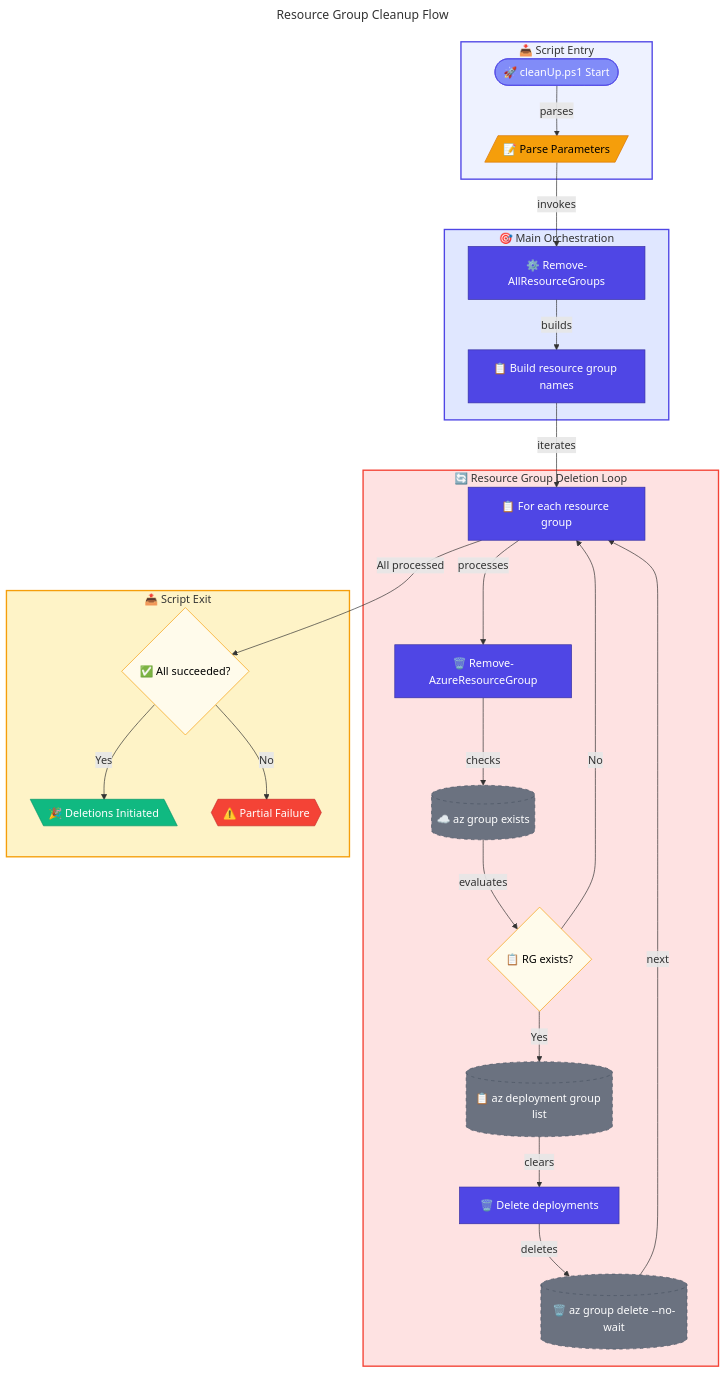
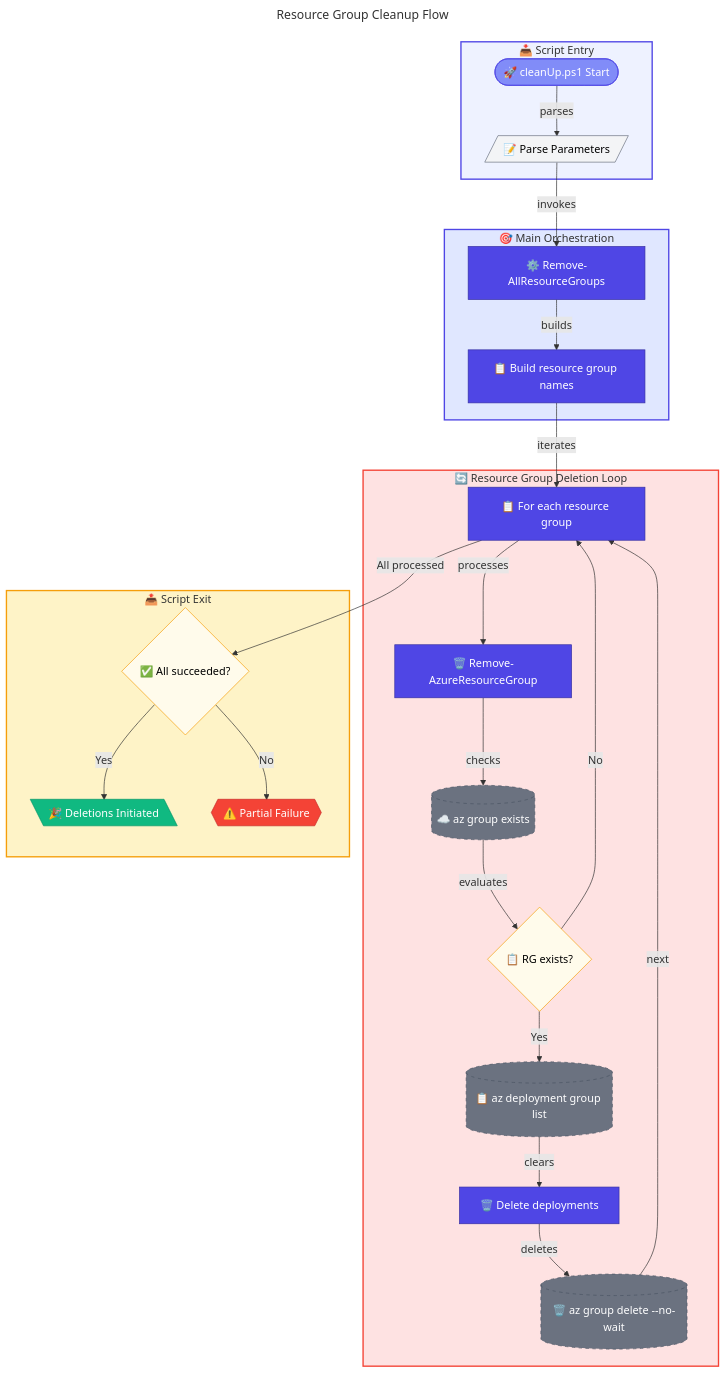
Before and after one commit to Evilazaro/DevExp-DevBox: the diagram in docs/scripts/configuration/clean-up.md, drawn with Mermaid. The commit also changed 1 other file, not shown here.

Commit message:
Enhance flow visualization documentation for cleanUp.ps1 and winget-update.ps1 scripts by refining class definitions and adding new styles for better clarity and navigation.

````diff
--- a/docs/scripts/configuration/clean-up.md
+++ b/docs/scripts/configuration/clean-up.md
@@ -64,67 +64,69 @@
 ```mermaid
 ---
 title: Resource Group Cleanup Flow
 ---
 flowchart TD
     %% ===== SCRIPT ENTRY =====
     subgraph Entry["📥 Script Entry"]
         A(["🚀 cleanUp.ps1 Start"])
         B[/"📝 Parse Parameters"/]
     end
     
     %% ===== MAIN ORCHESTRATION =====
     subgraph Main["🎯 Main Orchestration"]
         C["⚙️ Remove-AllResourceGroups"]
         D["📋 Build resource group names"]
     end
     
     %% ===== RESOURCE GROUP DELETION LOOP =====
     subgraph RGLoop["🔄 Resource Group Deletion Loop"]
         E["📋 For each resource group"]
         F["🗑️ Remove-AzureResourceGroup"]
         F1[("☁️ az group exists")]
         F2{"📋 RG exists?"}
         F3[("📋 az deployment group list")]
         F4["🗑️ Delete deployments"]
         F5[("🗑️ az group delete --no-wait")]
     end
     
     %% ===== SCRIPT EXIT =====
     subgraph Exit["📤 Script Exit"]
         G{"✅ All succeeded?"}
         H[\"🎉 Deletions Initiated"\]
         I{{"⚠️ Partial Failure"}}
     end
     
     %% ===== CONNECTIONS =====
     A -->|parses| B -->|invokes| C -->|builds| D -->|iterates| E
     E -->|processes| F -->|checks| F1 -->|evaluates| F2
     F2 -->|No| E
     F2 -->|Yes| F3 -->|clears| F4 -->|deletes| F5 -->|next| E
     E -->|All processed| G
     G -->|Yes| H
     G -->|No| I
 
     %% ===== STYLES =====
     classDef trigger fill:#818CF8,stroke:#4F46E5,color:#FFFFFF
-    classDef input fill:#F59E0B,stroke:#D97706,color:#000000
     classDef primary fill:#4F46E5,stroke:#3730A3,color:#FFFFFF
+    classDef secondary fill:#10B981,stroke:#059669,color:#FFFFFF
+    classDef datastore fill:#F59E0B,stroke:#D97706,color:#000000
     classDef external fill:#6B7280,stroke:#4B5563,color:#FFFFFF,stroke-dasharray:5 5
+    classDef failed fill:#F44336,stroke:#C62828,color:#FFFFFF
     classDef decision fill:#FFFBEB,stroke:#F59E0B,color:#000000
-    classDef secondary fill:#10B981,stroke:#059669,color:#FFFFFF
-    classDef failed fill:#F44336,stroke:#C62828,color:#FFFFFF
+    classDef input fill:#F3F4F6,stroke:#6B7280,color:#000000
+    classDef matrix fill:#D1FAE5,stroke:#10B981,color:#000000
     
     class A trigger
     class B input
     class C,D,E,F,F4 primary
     class F1,F3,F5 external
     class F2,G decision
     class H secondary
     class I failed
     
     %% ===== SUBGRAPH STYLES =====
     style Entry fill:#EEF2FF,stroke:#4F46E5,stroke-width:2px
     style Main fill:#E0E7FF,stroke:#4F46E5,stroke-width:2px
     style RGLoop fill:#FEE2E2,stroke:#F44336,stroke-width:2px
     style Exit fill:#FEF3C7,stroke:#F59E0B,stroke-width:2px
 ```
````
